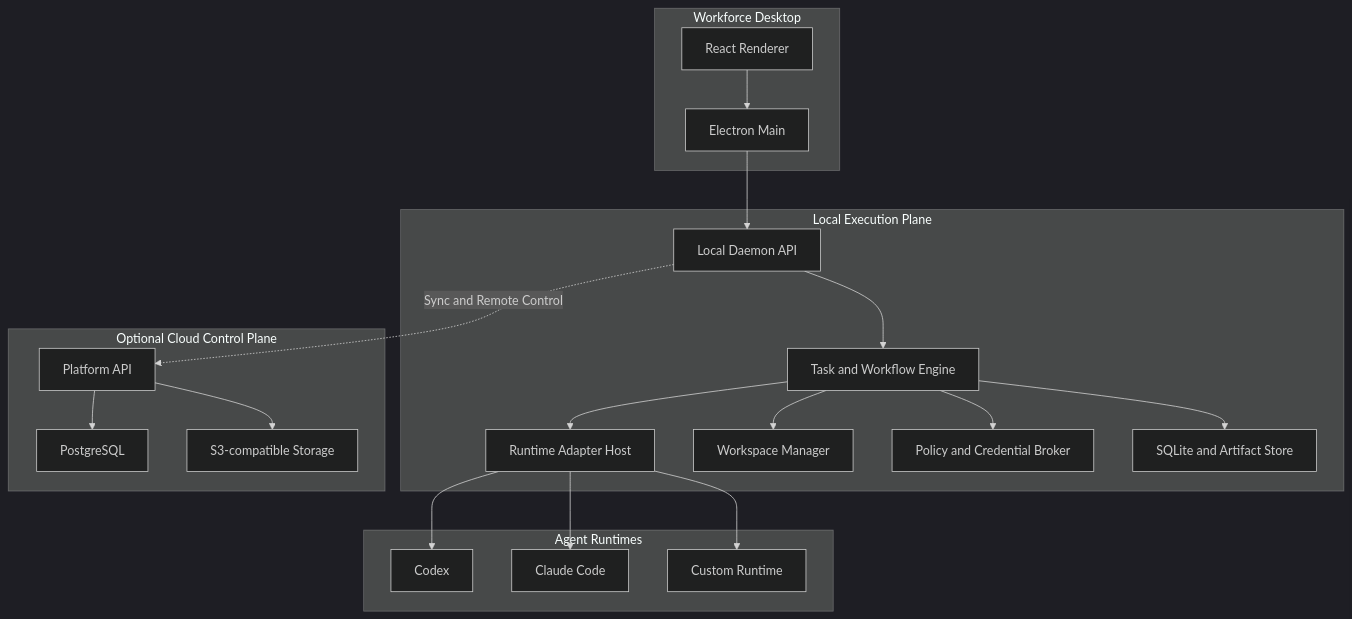
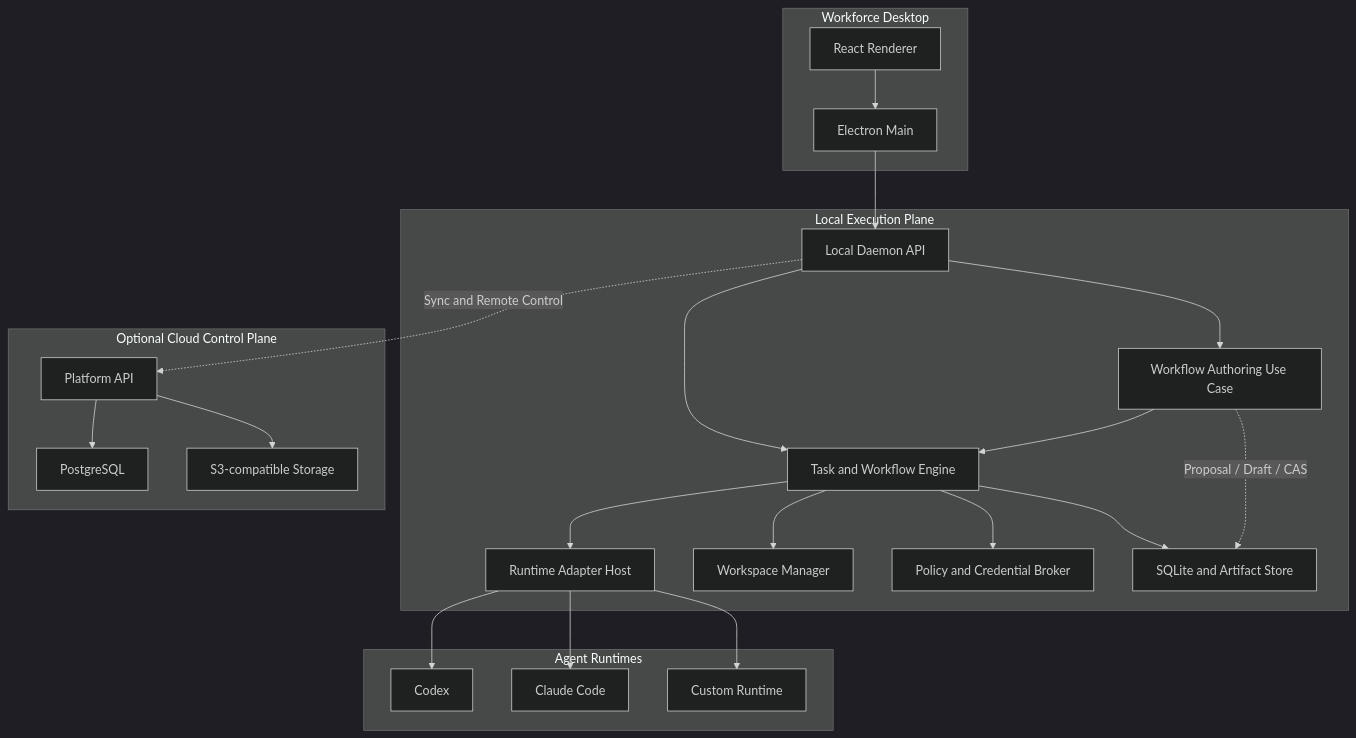
The first of 5 diagrams in docs/blueprint/03-system-architecture.md (nicechencs/workforce), drawn with Mermaid (dark theme) before and after one commit. The commit also changed other lines of this file and 29 other files, not shown here.

First line of the commit message:
docs: align D15-D18 contracts, flows, and docs checks

````diff
--- a/docs/blueprint/03-system-architecture.md
+++ b/docs/blueprint/03-system-architecture.md
@@ -23,41 +31,45 @@
 ```mermaid
 flowchart TB
   subgraph Desktop[Workforce Desktop]
     UI[React Renderer]
     Main[Electron Main]
   end
 
   subgraph Local[Local Execution Plane]
     API[Local Daemon API]
     Core[Task and Workflow Engine]
+    Authoring[Workflow Authoring Use Case]
     Adapter[Runtime Adapter Host]
     Workspace[Workspace Manager]
     Guard[Policy and Credential Broker]
     Store[SQLite and Artifact Store]
   end
 
   subgraph Runtime[Agent Runtimes]
     Codex[Codex]
     Claude[Claude Code]
     Custom[Custom Runtime]
   end
 
   subgraph Cloud[Optional Cloud Control Plane]
     CloudAPI[Platform API]
     CloudDB[PostgreSQL]
     Object[S3-compatible Storage]
   end
 
   UI --> Main --> API
   API --> Core
+  API --> Authoring
+  Authoring --> Core
   Core --> Adapter
   Core --> Workspace
   Core --> Guard
   Core --> Store
   Adapter --> Codex
   Adapter --> Claude
   Adapter --> Custom
+  Authoring -. Proposal / Draft / CAS .-> Store
   API -. Sync and Remote Control .-> CloudAPI
   CloudAPI --> CloudDB
   CloudAPI --> Object
 ```
````
